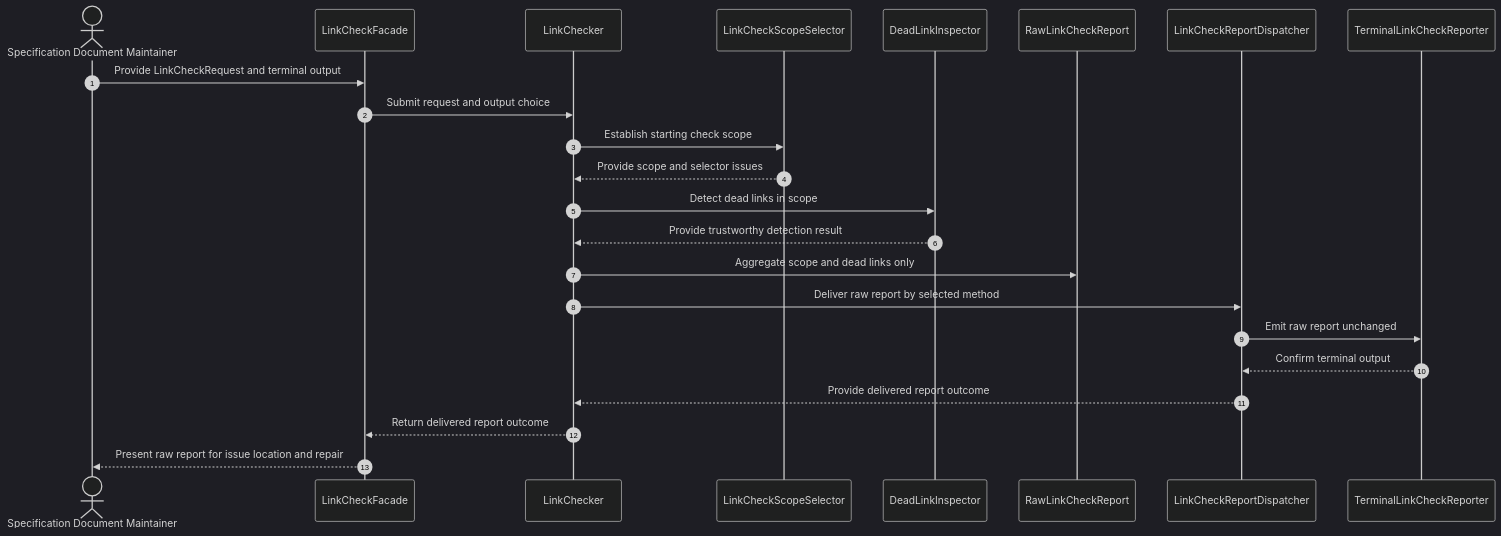
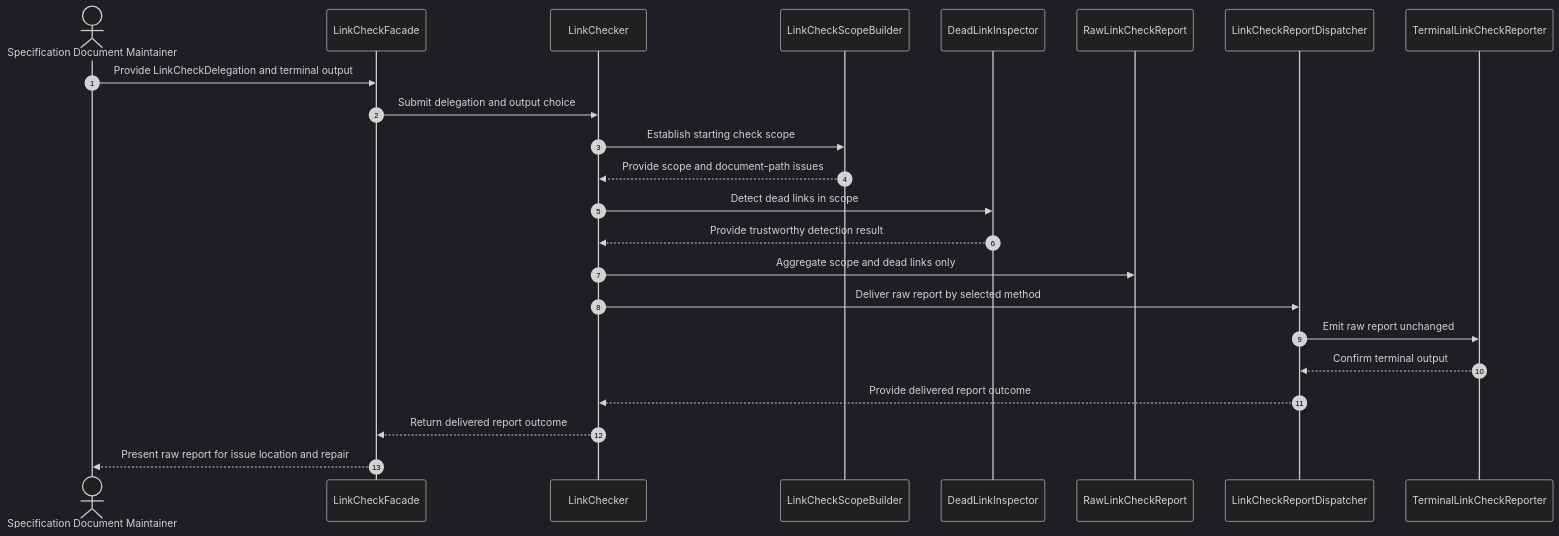
Before and after one commit to huang-xiao-jian/bluey: the second of 42 diagrams in specs/md-linkage/design.md, drawn with Mermaid (dark theme). The commit also changed other lines of this file and 7 other files, not shown here.

Commit message:
docs(md-linkage): define delegation and scope builder

````diff
--- a/specs/md-linkage/design.md
+++ b/specs/md-linkage/design.md
@@ -272,26 +251,26 @@
 ```mermaid
 sequenceDiagram
     autonumber
     actor Maintainer as Specification Document Maintainer
     participant Submission as LinkCheckFacade
     participant Check as LinkChecker
-    participant Selection as LinkCheckScopeSelector
+    participant Selection as LinkCheckScopeBuilder
     participant Detection as DeadLinkInspector
     participant Report as RawLinkCheckReport
     participant Delivery as LinkCheckReportDispatcher
     participant Terminal as TerminalLinkCheckReporter
 
-    Maintainer->>Submission: Provide LinkCheckRequest and terminal output
-    Submission->>Check: Submit request and output choice
+    Maintainer->>Submission: Provide LinkCheckDelegation and terminal output
+    Submission->>Check: Submit delegation and output choice
     Check->>Selection: Establish starting check scope
-    Selection-->>Check: Provide scope and selector issues
+    Selection-->>Check: Provide scope and document-path issues
     Check->>Detection: Detect dead links in scope
     Detection-->>Check: Provide trustworthy detection result
     Check->>Report: Aggregate scope and dead links only
     Check->>Delivery: Deliver raw report by selected method
     Delivery->>Terminal: Emit raw report unchanged
     Terminal-->>Delivery: Confirm terminal output
     Delivery-->>Check: Provide delivered report outcome
     Check-->>Submission: Return delivered report outcome
     Submission-->>Maintainer: Present raw report for issue location and repair
 ```
````
